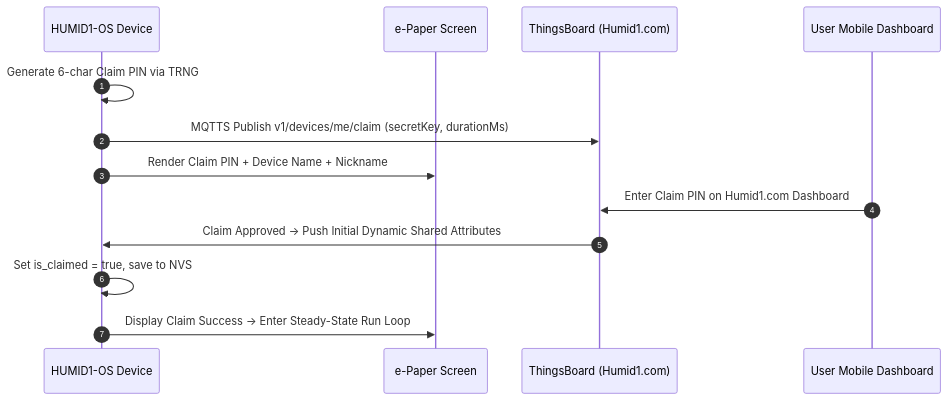
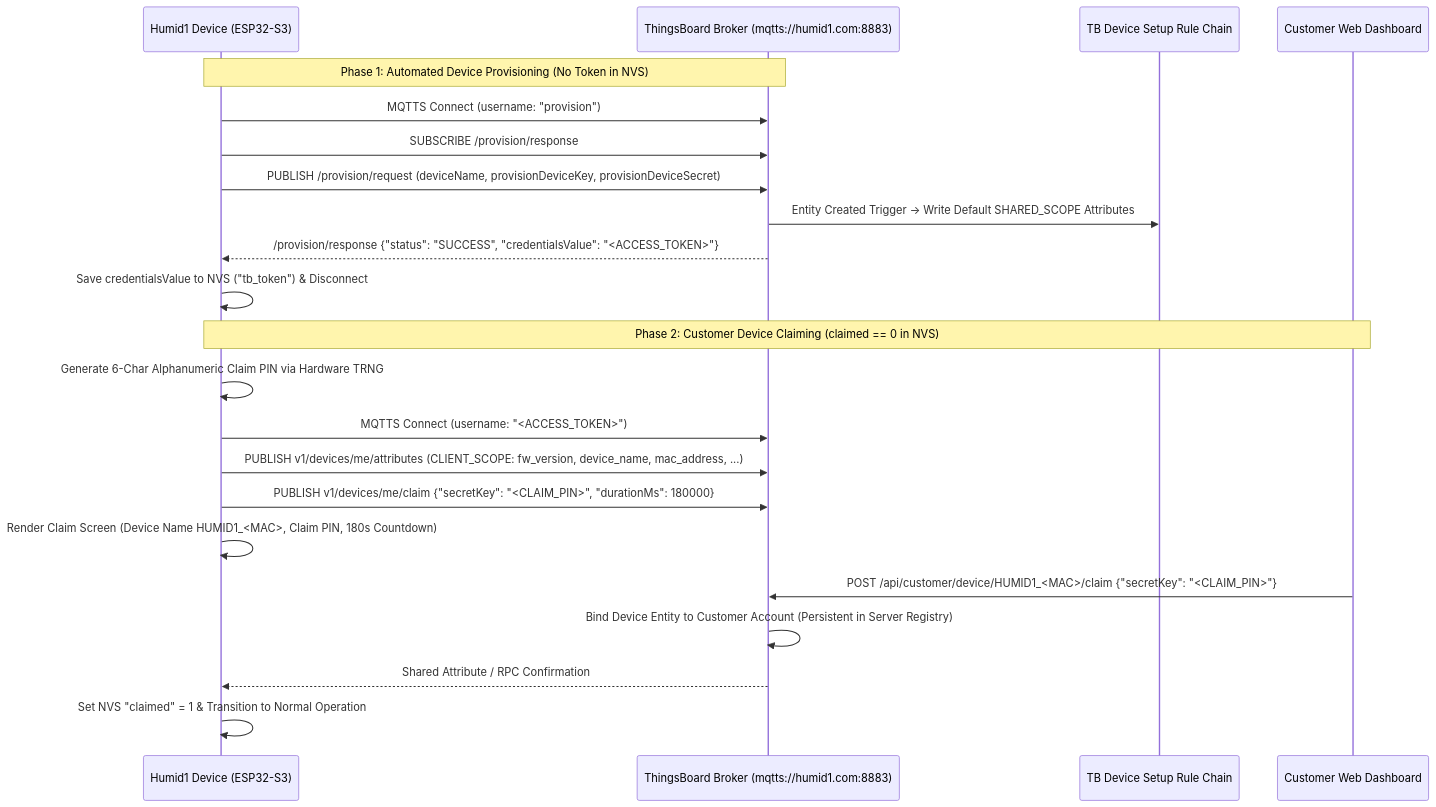
Before and after one commit to Humidyne-Labs/humid1-os: the diagram in docs/architecture/APP_02_cloud_and_telemetry.md, drawn with Mermaid. The commit also changed other lines of this file and 57 other files, not shown here.

````diff
--- a/docs/architecture/APP_02_cloud_and_telemetry.md
+++ b/docs/architecture/APP_02_cloud_and_telemetry.md
@@ -28,16 +23,26 @@
 ```mermaid
 sequenceDiagram
-    autonumber
-    participant Device as HUMID1-OS Device
-    participant Screen as e-Paper Screen
-    participant TB as ThingsBoard (Humid1.com)
-    participant User as User Mobile Dashboard
+    participant Dev as Humid1 Device (ESP32-S3)
+    participant TB as ThingsBoard Broker (mqtts://humid1.com:8883)
+    participant RC as TB Device Setup Rule Chain
+    participant Dash as Customer Web Dashboard
 
-    Device->>Device: Generate 6-char Claim PIN via TRNG
-    Device->>TB: MQTTS Publish v1/devices/me/claim (secretKey, durationMs)
-    Device->>Screen: Render Claim PIN + Device Name + Nickname
-    User->>TB: Enter Claim PIN on Humid1.com Dashboard
-    TB->>Device: Claim Approved -> Push Initial Dynamic Shared Attributes
-    Device->>Device: Set is_claimed = true, save to NVS
-    Device->>Screen: Display Claim Success -> Enter Steady-State Run Loop
+    Note over Dev,TB: Phase 1: Automated Device Provisioning (No Token in NVS)
+    Dev->>TB: MQTTS Connect (username: "provision")
+    Dev->>TB: SUBSCRIBE /provision/response
+    Dev->>TB: PUBLISH /provision/request (deviceName, provisionDeviceKey, provisionDeviceSecret)
+    TB->>RC: Entity Created Trigger -> Write Default SHARED_SCOPE Attributes
+    TB-->>Dev: /provision/response {"status": "SUCCESS", "credentialsValue": "<ACCESS_TOKEN>"}
+    Dev->>Dev: Save credentialsValue to NVS ("tb_token") & Disconnect
+
+    Note over Dev,Dash: Phase 2: Customer Device Claiming (claimed == 0 in NVS)
+    Dev->>Dev: Generate 6-Char Alphanumeric Claim PIN via Hardware TRNG
+    Dev->>TB: MQTTS Connect (username: "<ACCESS_TOKEN>")
+    Dev->>TB: PUBLISH v1/devices/me/attributes (CLIENT_SCOPE: fw_version, device_name, mac_address, ...)
+    Dev->>TB: PUBLISH v1/devices/me/claim {"secretKey": "<CLAIM_PIN>", "durationMs": 180000}
+    Dev->>Dev: Render Claim Screen (Device Name HUMID1_<MAC>, Claim PIN, 180s Countdown)
+    Dash->>TB: POST /api/customer/device/HUMID1_<MAC>/claim {"secretKey": "<CLAIM_PIN>"}
+    TB->>TB: Bind Device Entity to Customer Account (Persistent in Server Registry)
+    TB-->>Dev: Shared Attribute / RPC Confirmation
+    Dev->>Dev: Set NVS "claimed" = 1 & Transition to Normal Operation
 ```
````
